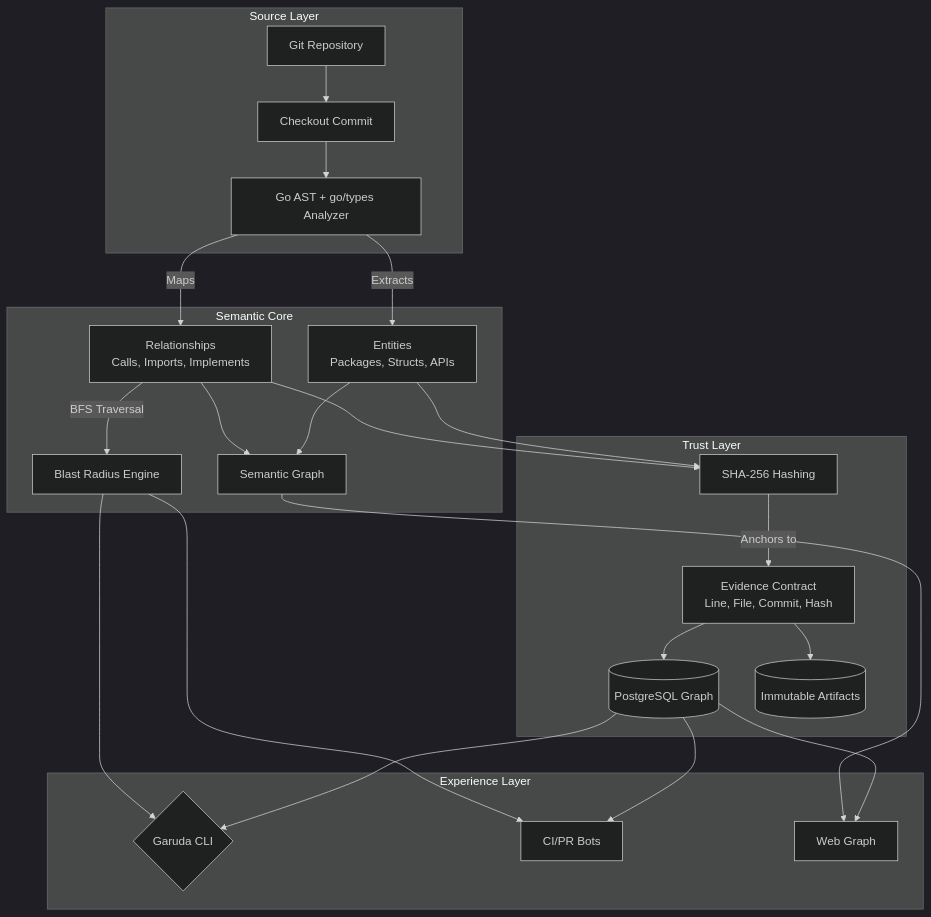
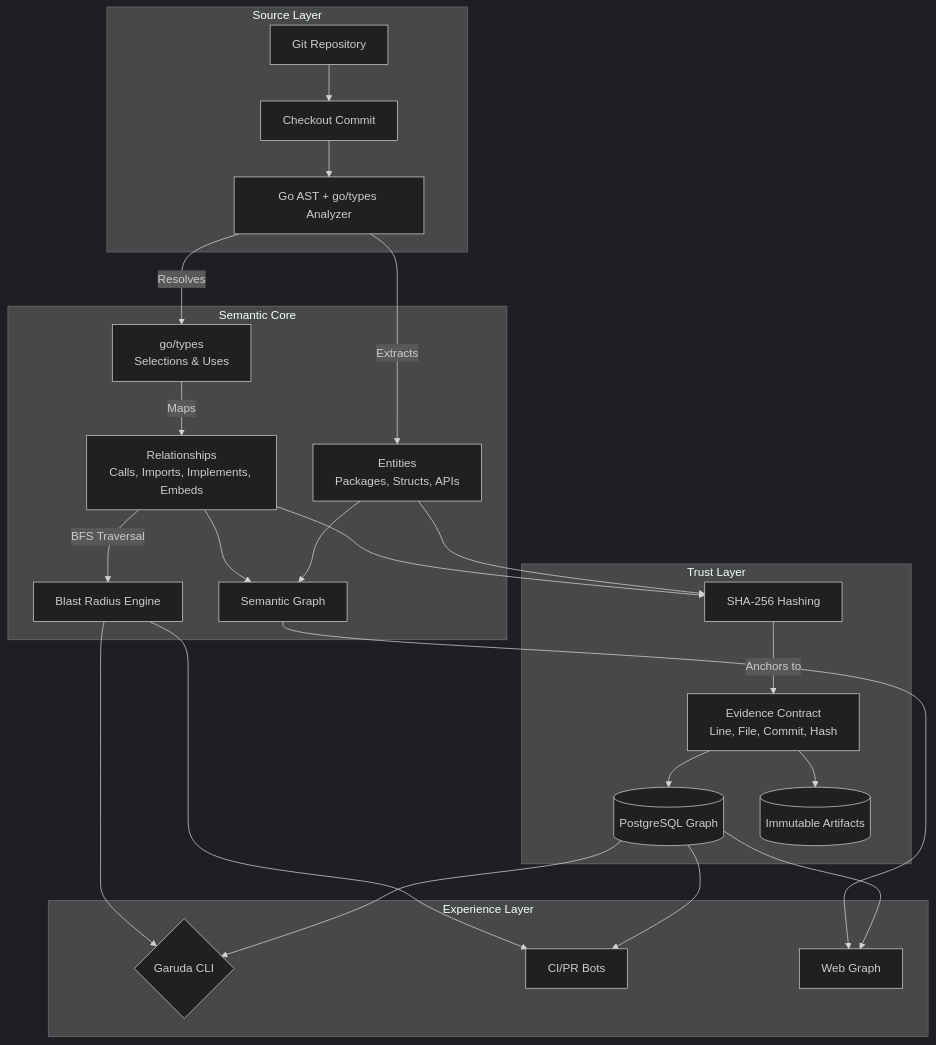
One commit to myshra777-ai/garuda changed the third of 7 diagrams in README.md. Above: the diagram before and after it, drawn with Mermaid (dark theme). The commit also changed other lines of this file, not shown here.

````diff
--- a/README.md
+++ b/README.md
@@ -213,29 +213,33 @@
 ```mermaid
 graph TD
     subgraph Source["Source Layer"]
         Git[Git Repository] --> Checkout[Checkout Commit]
         Checkout --> AST[Go AST + go/types Analyzer]
     end
+    
     subgraph Semantic["Semantic Core"]
         AST --> |Extracts| E[Entities<br/>Packages, Structs, APIs]
-        AST --> |Maps| R[Relationships<br/>Calls, Imports, Implements]
+        AST --> |Resolves| T[go/types<br/>Selections & Uses]
+        T --> |Maps| R[Relationships<br/>Calls, Imports, Implements, Embeds]
         R --> |BFS Traversal| Impact[Blast Radius Engine]
         E --> Graph[Semantic Graph]
         R --> Graph
     end
+    
     subgraph Trust["Trust Layer"]
         E --> Hash[SHA-256 Hashing]
         R --> Hash
         Hash --> |Anchors to| Ev[Evidence Contract<br/>Line, File, Commit, Hash]
         Ev --> Postgres[(PostgreSQL Graph)]
         Ev --> JSONB[(Immutable Artifacts)]
     end
+    
     subgraph Experience["Experience Layer"]
         Postgres --> CLI{Garuda CLI}
         Postgres --> CI[CI/PR Bots]
         Postgres --> GUI[Web Graph]
         Impact --> CLI
         Impact --> CI
         Graph --> GUI
     end
 ```
````
